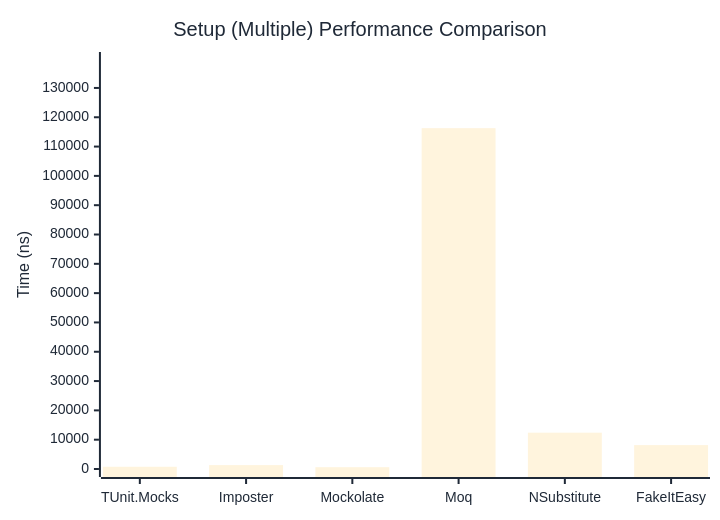
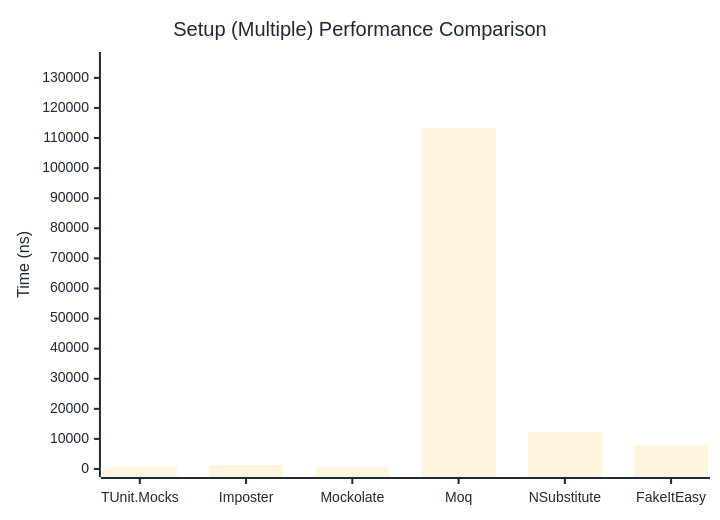
Before and after one commit to thomhurst/TUnit: the second of 2 diagrams in docs/docs/benchmarks/mocks/Setup.md, drawn with Mermaid. The commit also changed other lines of this file and 14 other files, not shown here.

````diff
--- a/docs/docs/benchmarks/mocks/Setup.md
+++ b/docs/docs/benchmarks/mocks/Setup.md
@@ -71,27 +71,27 @@
 ```mermaid
 %%{init: {
   'theme':'base',
   'themeVariables': {
     'primaryColor': '#2563eb',
     'primaryTextColor': '#1f2937',
     'primaryBorderColor': '#1e40af',
     'lineColor': '#6b7280',
     'secondaryColor': '#7c3aed',
     'tertiaryColor': '#dc2626',
     'background': '#ffffff',
     'pie1': '#2563eb',
     'pie2': '#7c3aed',
     'pie3': '#dc2626',
     'pie4': '#f59e0b',
     'pie5': '#10b981',
     'pie6': '#06b6d4',
     'pie7': '#ec4899',
     'pie8': '#6366f1'
   }
 }}%%
 xychart-beta
   title "Setup (Multiple) Performance Comparison"
   x-axis ["TUnit.Mocks", "Imposter", "Mockolate", "Moq", "NSubstitute", "FakeItEasy"]
-  y-axis "Time (ns)" 0 --> 139535
-  bar [765.6, 1330.2, 616.3, 116278.5, 12390.6, 8154.3]
+  y-axis "Time (ns)" 0 --> 135939
+  bar [749.1, 1323, 567.4, 113282, 12202.7, 7903.2]
 ```
````
